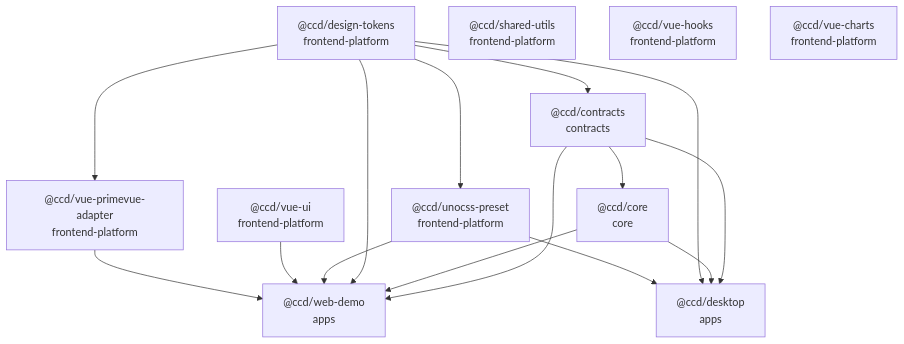
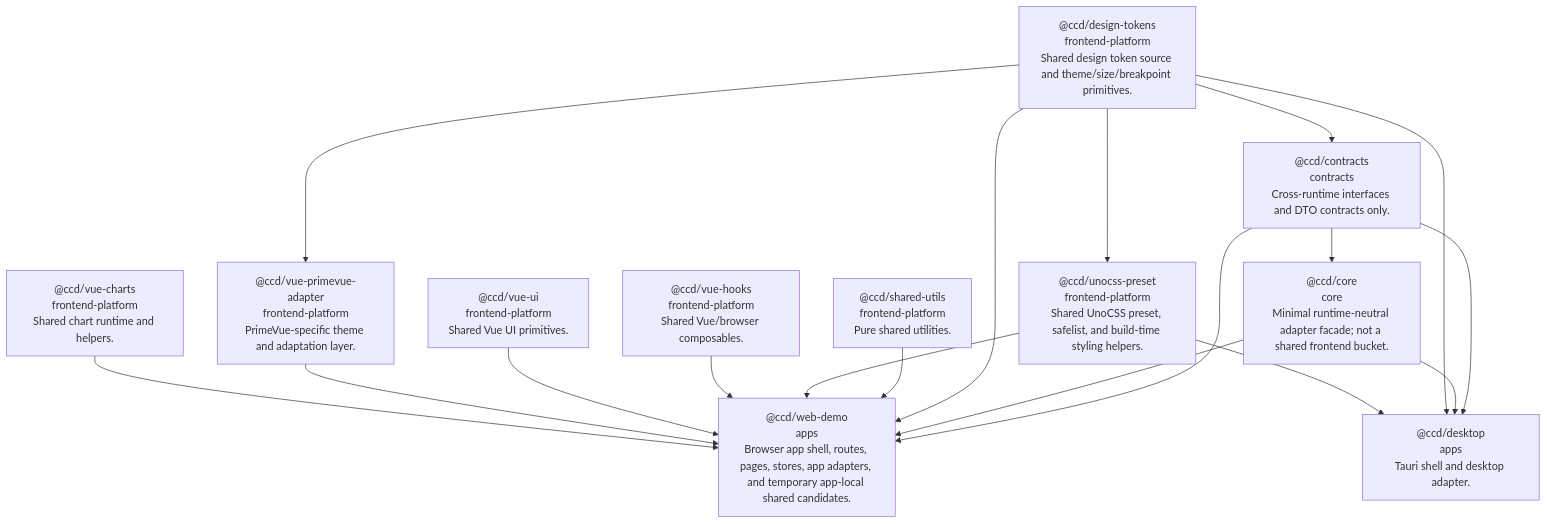
One commit to ichichuang/ccd changed the diagram in docs/generated/graphs/package-dependency-graph.mmd. Above: the diagram before and after it, drawn with Mermaid. The commit also changed 16 other files, not shown here.

```diff
--- a/docs/generated/graphs/package-dependency-graph.mmd
+++ b/docs/generated/graphs/package-dependency-graph.mmd
@@ -1,26 +1,29 @@
 graph TD
-  ccd_contracts["@ccd/contracts<br/>contracts"]
+  ccd_contracts["@ccd/contracts<br/>contracts<br/>Cross-runtime interfaces and DTO contracts only."]
   ccd_design_tokens --> ccd_contracts
-  ccd_core["@ccd/core<br/>core"]
+  ccd_core["@ccd/core<br/>core<br/>Minimal runtime-neutral adapter facade; not a shared frontend bucket."]
   ccd_contracts --> ccd_core
-  ccd_design_tokens["@ccd/design-tokens<br/>frontend-platform"]
-  ccd_unocss_preset["@ccd/unocss-preset<br/>frontend-platform"]
+  ccd_design_tokens["@ccd/design-tokens<br/>frontend-platform<br/>Shared design token source and theme/size/breakpoint primitives."]
+  ccd_unocss_preset["@ccd/unocss-preset<br/>frontend-platform<br/>Shared UnoCSS preset, safelist, and build-time styling helpers."]
   ccd_design_tokens --> ccd_unocss_preset
-  ccd_shared_utils["@ccd/shared-utils<br/>frontend-platform"]
-  ccd_vue_hooks["@ccd/vue-hooks<br/>frontend-platform"]
-  ccd_vue_ui["@ccd/vue-ui<br/>frontend-platform"]
-  ccd_vue_primevue_adapter["@ccd/vue-primevue-adapter<br/>frontend-platform"]
+  ccd_shared_utils["@ccd/shared-utils<br/>frontend-platform<br/>Pure shared utilities."]
+  ccd_vue_hooks["@ccd/vue-hooks<br/>frontend-platform<br/>Shared Vue/browser composables."]
+  ccd_vue_ui["@ccd/vue-ui<br/>frontend-platform<br/>Shared Vue UI primitives."]
+  ccd_vue_primevue_adapter["@ccd/vue-primevue-adapter<br/>frontend-platform<br/>PrimeVue-specific theme and adaptation layer."]
   ccd_design_tokens --> ccd_vue_primevue_adapter
-  ccd_vue_charts["@ccd/vue-charts<br/>frontend-platform"]
-  ccd_web_demo["@ccd/web-demo<br/>apps"]
+  ccd_vue_charts["@ccd/vue-charts<br/>frontend-platform<br/>Shared chart runtime and helpers."]
+  ccd_web_demo["@ccd/web-demo<br/>apps<br/>Browser app shell, routes, pages, stores, app adapters, and temporary app-local shared candidates."]
   ccd_contracts --> ccd_web_demo
   ccd_core --> ccd_web_demo
   ccd_design_tokens --> ccd_web_demo
+  ccd_shared_utils --> ccd_web_demo
   ccd_unocss_preset --> ccd_web_demo
+  ccd_vue_hooks --> ccd_web_demo
   ccd_vue_ui --> ccd_web_demo
   ccd_vue_primevue_adapter --> ccd_web_demo
-  ccd_desktop["@ccd/desktop<br/>apps"]
+  ccd_vue_charts --> ccd_web_demo
+  ccd_desktop["@ccd/desktop<br/>apps<br/>Tauri shell and desktop adapter."]
   ccd_contracts --> ccd_desktop
   ccd_core --> ccd_desktop
   ccd_design_tokens --> ccd_desktop
   ccd_unocss_preset --> ccd_desktop
```
